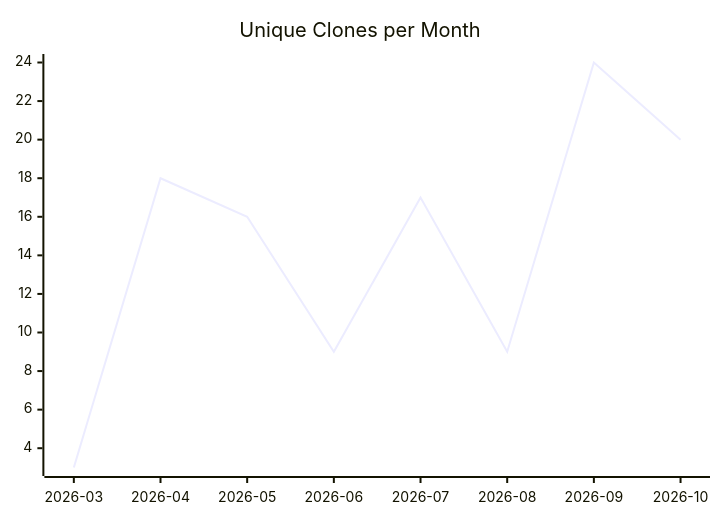
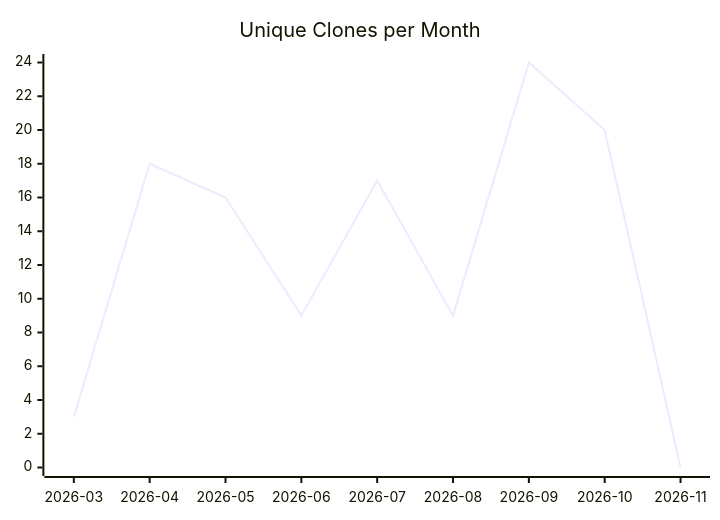
One commit to justdavis-family/github-analytics-data changed the third of 3 diagrams in karlmdavis/jessentials/README.md. Above: the diagram before and after it, drawn with Mermaid. The commit also changed other lines of this file and 201 other files, not shown here.

````diff
--- a/karlmdavis/jessentials/README.md
+++ b/karlmdavis/jessentials/README.md
@@ -19,6 +19,6 @@
 ```mermaid
 xychart-beta
   title "Unique Clones per Month"
-  x-axis ["2026-03", "2026-04", "2026-05", "2026-06", "2026-07", "2026-08", "2026-09", "2026-10"]
-  line [3, 18, 16, 9, 17, 9, 24, 20]
+  x-axis ["2026-03", "2026-04", "2026-05", "2026-06", "2026-07", "2026-08", "2026-09", "2026-10", "2026-11"]
+  line [3, 18, 16, 9, 17, 9, 24, 20, 0]
 ```
````
